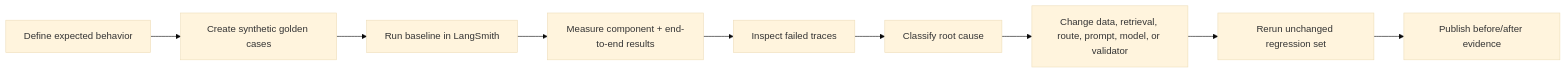
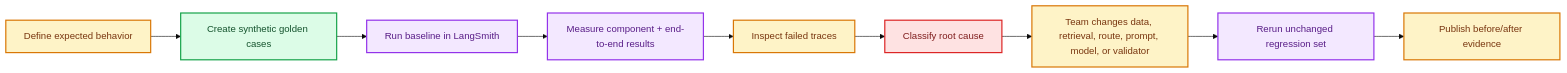
The fifth of 5 diagrams in docs/Nestline updated architecture.md (ASWATHHARISH/nestline), drawn with Mermaid (base theme) before and after one commit. The commit also changed other lines of this file and 1 other file, not shown here.

Commit message:
docs: reconcile and audit Nestline architecture

````diff
--- a/docs/Nestline updated architecture.md
+++ b/docs/Nestline updated architecture.md
@@ -796,11 +1175,16 @@
 ```mermaid
 flowchart LR
-    A["Define expected behavior"] --> B["Create synthetic golden cases"]
-    B --> C["Run baseline in LangSmith"]
-    C --> D["Measure component + end-to-end results"]
-    D --> E["Inspect failed traces"]
-    E --> F["Classify root cause"]
-    F --> G["Change data, retrieval, route, prompt, model, or validator"]
-    G --> H["Rerun unchanged regression set"]
-    H --> I["Publish before/after evidence"]
+    A["Define expected behavior"]:::human --> B["Create synthetic golden cases"]:::data
+    B --> C["Run baseline in LangSmith"]:::platform
+    C --> D["Measure component + end-to-end results"]:::platform
+    D --> E["Inspect failed traces"]:::human
+    E --> F["Classify root cause"]:::control
+    F --> G["Team changes data, retrieval, route, prompt, model, or validator"]:::human
+    G --> H["Rerun unchanged regression set"]:::platform
+    H --> I["Publish before/after evidence"]:::human
+
+    classDef human fill:#FEF3C7,stroke:#D97706,color:#78350F,stroke-width:2px;
+    classDef data fill:#DCFCE7,stroke:#16A34A,color:#14532D,stroke-width:2px;
+    classDef control fill:#FEE2E2,stroke:#DC2626,color:#7F1D1D,stroke-width:2px;
+    classDef platform fill:#F3E8FF,stroke:#9333EA,color:#581C87,stroke-width:2px;
 ```
````
